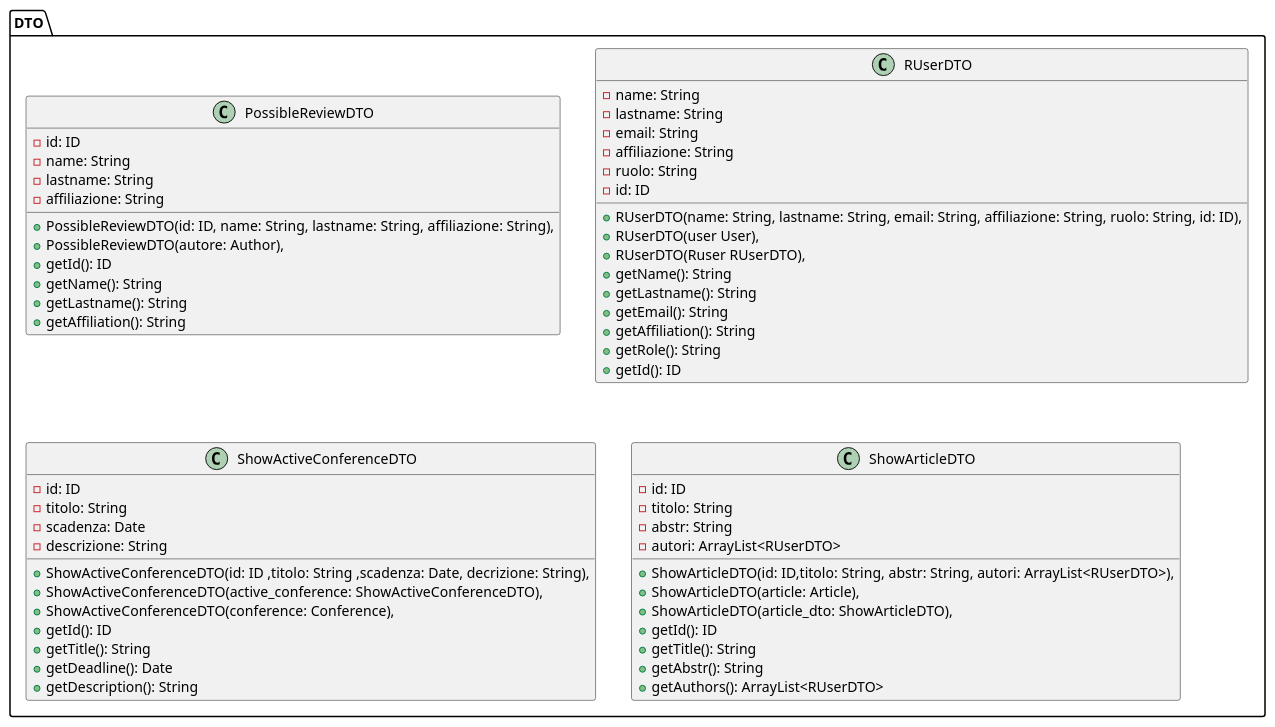
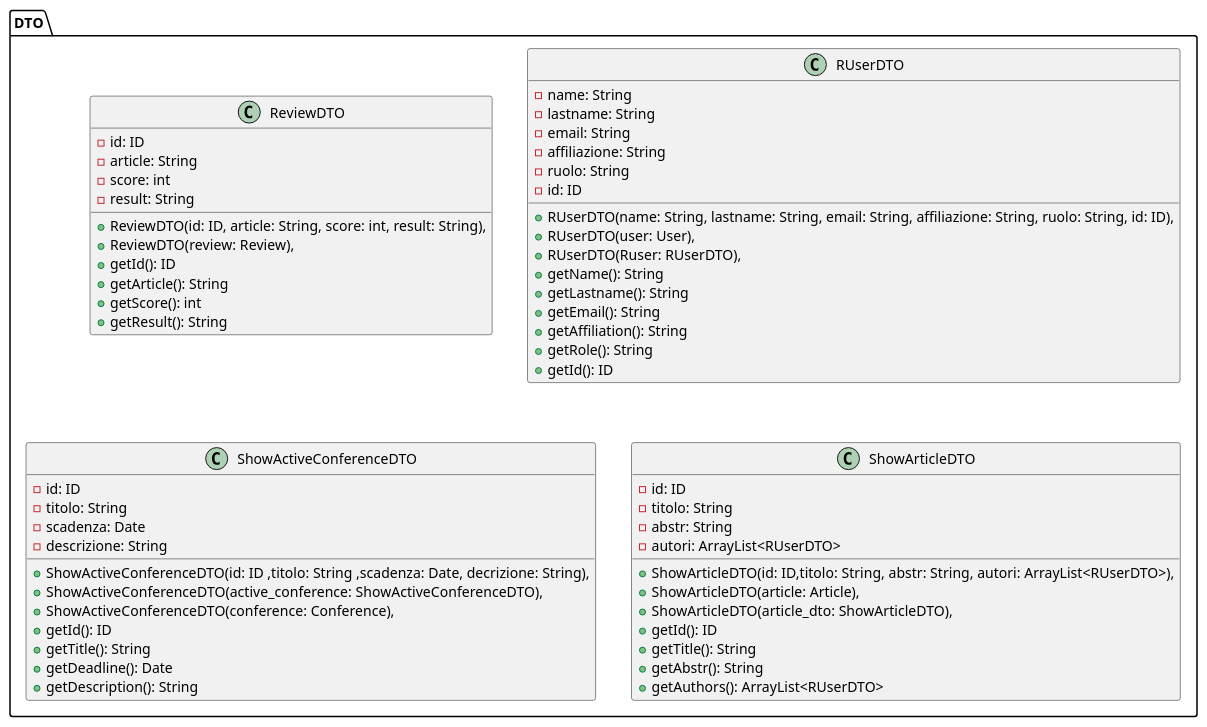
One commit to Air4x/Progetto_ISW changed the diagram in VisualParadigm/diagramma_prg_dto.puml. Above: the diagram before and after it, drawn with PlantUML. The commit also changed 1 other file, not shown here.

Commit message:
Aggiornato il diagrammi di progettazione per i package controller e dto

```diff
--- a/VisualParadigm/diagramma_prg_dto.puml
+++ b/VisualParadigm/diagramma_prg_dto.puml
@@ -1,64 +1,64 @@
 @startuml
 package DTO{
 
-    class PossibleReviewDTO {
+    class ReviewDTO {
         - id: ID 
-        - name: String
-        - lastname: String
-        - affiliazione: String
-        + PossibleReviewDTO(id: ID, name: String, lastname: String, affiliazione: String),
-        + PossibleReviewDTO(autore: Author),
+        - article: String
+        - score: int
+        - result: String
+        + ReviewDTO(id: ID, article: String, score: int, result: String),
+        + ReviewDTO(review: Review),
         + getId(): ID
-        + getName(): String
-        + getLastname(): String
-        + getAffiliation(): String
+        + getArticle(): String
+        + getScore(): int
+        + getResult(): String
     }
 
     class RUserDTO {
         - name: String
         - lastname: String
         - email: String
         - affiliazione: String
         - ruolo: String
         - id: ID
         + RUserDTO(name: String, lastname: String, email: String, affiliazione: String, ruolo: String, id: ID),
-        + RUserDTO(user User),
-        + RUserDTO(Ruser RUserDTO),
+        + RUserDTO(user: User),
+        + RUserDTO(Ruser: RUserDTO),
         + getName(): String
         + getLastname(): String
         + getEmail(): String
         + getAffiliation(): String
         + getRole(): String
         + getId(): ID
     }
 
     class ShowActiveConferenceDTO {
         - id: ID 
         - titolo: String
         - scadenza: Date
         - descrizione: String
         + ShowActiveConferenceDTO(id: ID ,titolo: String ,scadenza: Date, decrizione: String),
         + ShowActiveConferenceDTO(active_conference: ShowActiveConferenceDTO),
         + ShowActiveConferenceDTO(conference: Conference),
         + getId(): ID
         + getTitle(): String
         + getDeadline(): Date
         + getDescription(): String
     }
 
     class ShowArticleDTO {
         - id: ID 
         - titolo: String
         - abstr: String
         - autori: ArrayList<RUserDTO>
         + ShowArticleDTO(id: ID,titolo: String, abstr: String, autori: ArrayList<RUserDTO>),
         + ShowArticleDTO(article: Article),
         + ShowArticleDTO(article_dto: ShowArticleDTO),
         + getId(): ID
         + getTitle(): String
         + getAbstr(): String
         + getAuthors(): ArrayList<RUserDTO>
     }
 
 }
 @enduml
```
